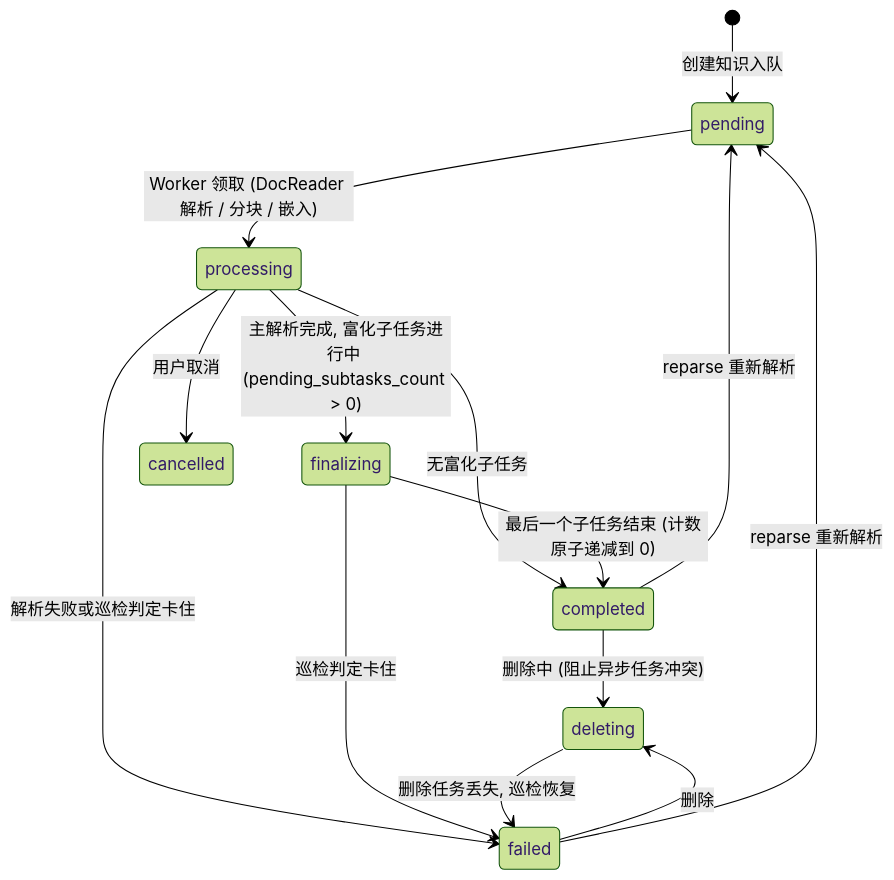
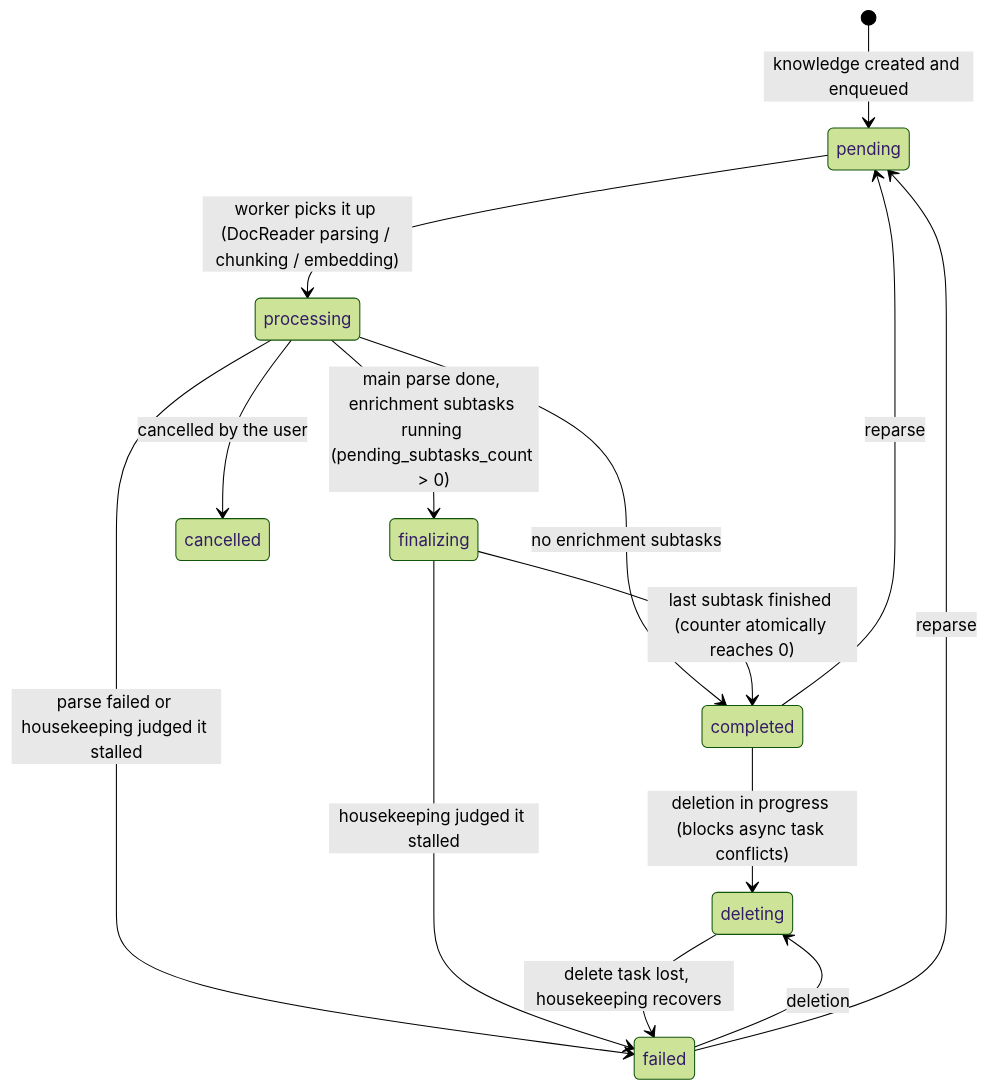
One commit to jrmatherly/ai-kb changed the second of 2 diagrams in website-docs/03-features/02-knowledge-base.md. Above: the diagram before and after it, drawn with Mermaid (forest theme). The commit also changed other lines of this file and 11 other files, not shown here.

First line of the commit message:
docs(features): translate batch 1 (agent, models, MCP, document parsing, knowledge base)

````diff
--- a/website-docs/03-features/02-knowledge-base.md
+++ b/website-docs/03-features/02-knowledge-base.md
@@ -306,16 +308,16 @@
 ```mermaid
 stateDiagram-v2
-    [*] --> pending: 创建知识入队
-    pending --> processing: Worker 领取 (DocReader 解析 / 分块 / 嵌入)
-    processing --> finalizing: 主解析完成, 富化子任务进行中 (pending_subtasks_count > 0)
-    processing --> completed: 无富化子任务
-    processing --> failed: 解析失败或巡检判定卡住
-    processing --> cancelled: 用户取消
-    finalizing --> completed: 最后一个子任务结束 (计数原子递减到 0)
-    finalizing --> failed: 巡检判定卡住
-    completed --> deleting: 删除中 (阻止异步任务冲突)
-    failed --> deleting: 删除
-    deleting --> failed: 删除任务丢失, 巡检恢复
-    completed --> pending: reparse 重新解析
-    failed --> pending: reparse 重新解析
+    [*] --> pending: knowledge created and enqueued
+    pending --> processing: worker picks it up (DocReader parsing / chunking / embedding)
+    processing --> finalizing: main parse done, enrichment subtasks running (pending_subtasks_count > 0)
+    processing --> completed: no enrichment subtasks
+    processing --> failed: parse failed or housekeeping judged it stalled
+    processing --> cancelled: cancelled by the user
+    finalizing --> completed: last subtask finished (counter atomically reaches 0)
+    finalizing --> failed: housekeeping judged it stalled
+    completed --> deleting: deletion in progress (blocks async task conflicts)
+    failed --> deleting: deletion
+    deleting --> failed: delete task lost, housekeeping recovers
+    completed --> pending: reparse
+    failed --> pending: reparse
 ```
````
